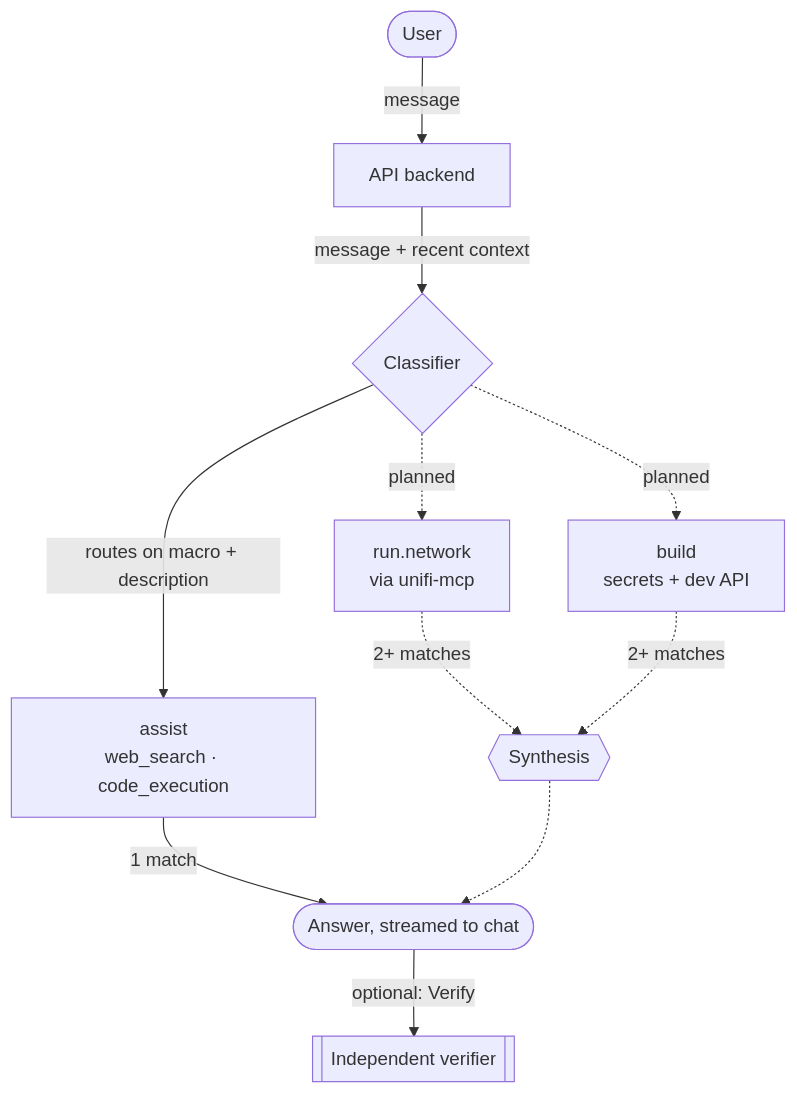
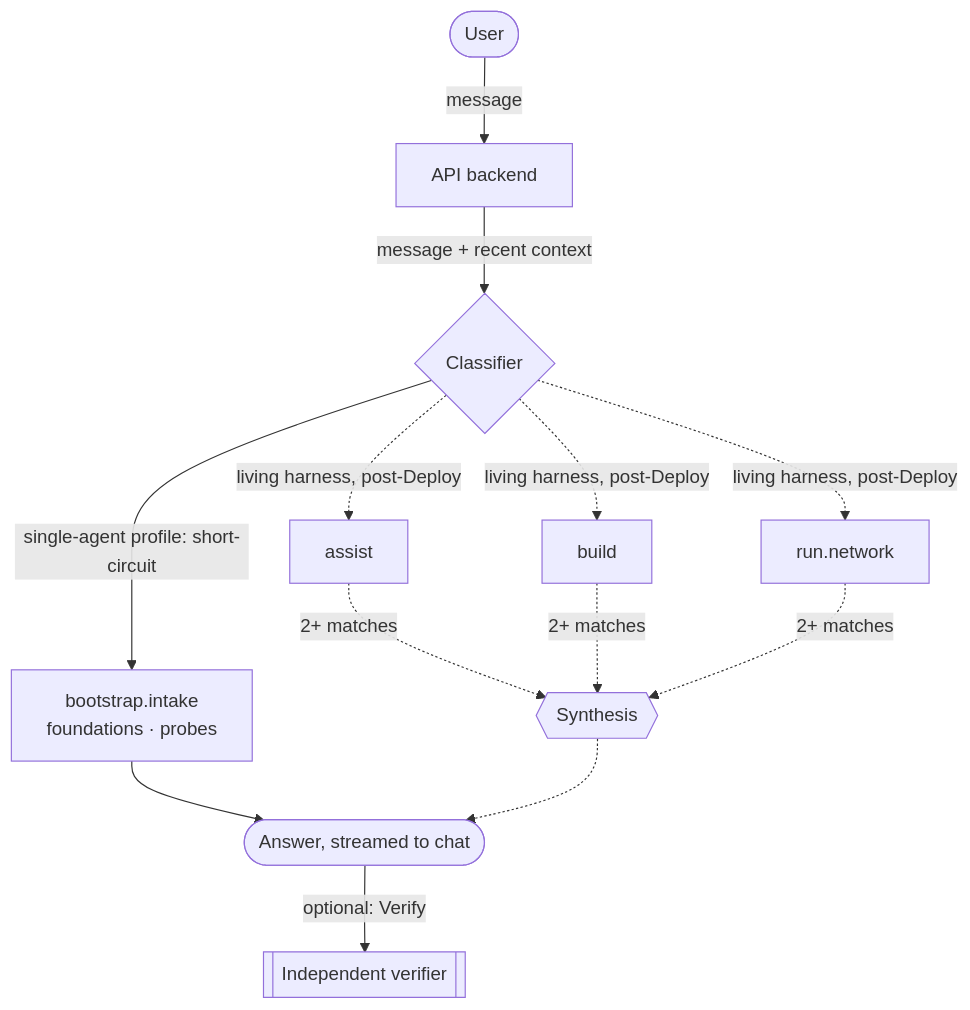
One commit to andrewkriley/shedlife.ai changed the diagram in README.md. Above: the diagram before and after it, drawn with Mermaid. The commit also changed other lines of this file and 28 other files, not shown here.

First line of the commit message:
docs: reframe Bootstrap as Phase 1 intake after product grill

````diff
--- a/README.md
+++ b/README.md
@@ -20,14 +38,16 @@
 ```mermaid
 flowchart TD
     U([User]) -->|message| API[API backend]
     API -->|message + recent context| C{Classifier}
-    C -->|routes on macro + description| ASSIST["assist<br/>web_search · code_execution"]
-    ASSIST -->|1 match| ANSWER([Answer, streamed to chat])
+    C -->|single-agent profile: short-circuit| BOOT["bootstrap.intake<br/>foundations · probes"]
+    BOOT --> ANSWER([Answer, streamed to chat])
+
+    C -.->|living harness, post-Deploy| ASSIST["assist"]
+    C -.->|living harness, post-Deploy| BUILD["build"]
+    C -.->|living harness, post-Deploy| NET["run.network"]
+    ASSIST -.->|2+ matches| SYN{{Synthesis}}
+    BUILD -.->|2+ matches| SYN
+    NET -.->|2+ matches| SYN
+    SYN -.-> ANSWER
     ANSWER -->|optional: Verify| VERIFY[[Independent verifier]]
-
-    C -.->|planned| NET["run.network<br/>via unifi-mcp"]
-    C -.->|planned| BUILD["build<br/>secrets + dev API"]
-    NET -.->|2+ matches| SYN{{Synthesis}}
-    BUILD -.->|2+ matches| SYN
-    SYN -.-> ANSWER
 ```
````
